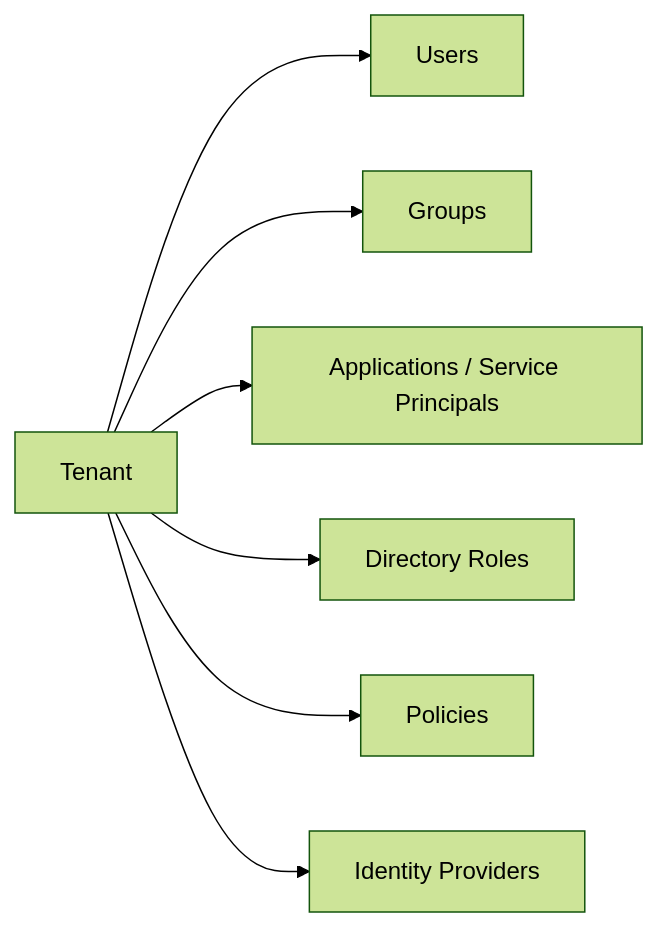
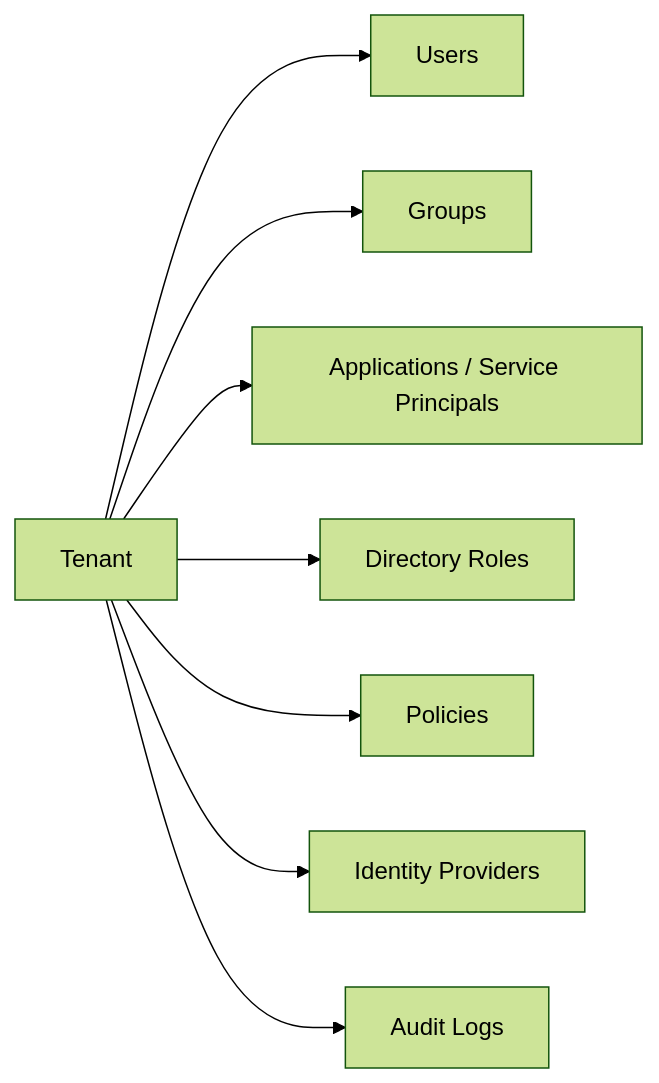
The diagram in examples/entraid/README.md (vgrem/office365-rest-python-client), drawn with Mermaid (forest theme) before and after one commit. The commit also changed other lines of this file and 7 other files, not shown here.

````diff
--- a/examples/entraid/README.md
+++ b/examples/entraid/README.md
@@ -29,9 +32,10 @@
 ```mermaid
 flowchart LR
     A[Tenant] --> B[Users]
     A --> C[Groups]
     A --> D[Applications / Service Principals]
     A --> E[Directory Roles]
     A --> F[Policies]
     A --> G[Identity Providers]
+    A --> H[Audit Logs]
 ```
````
